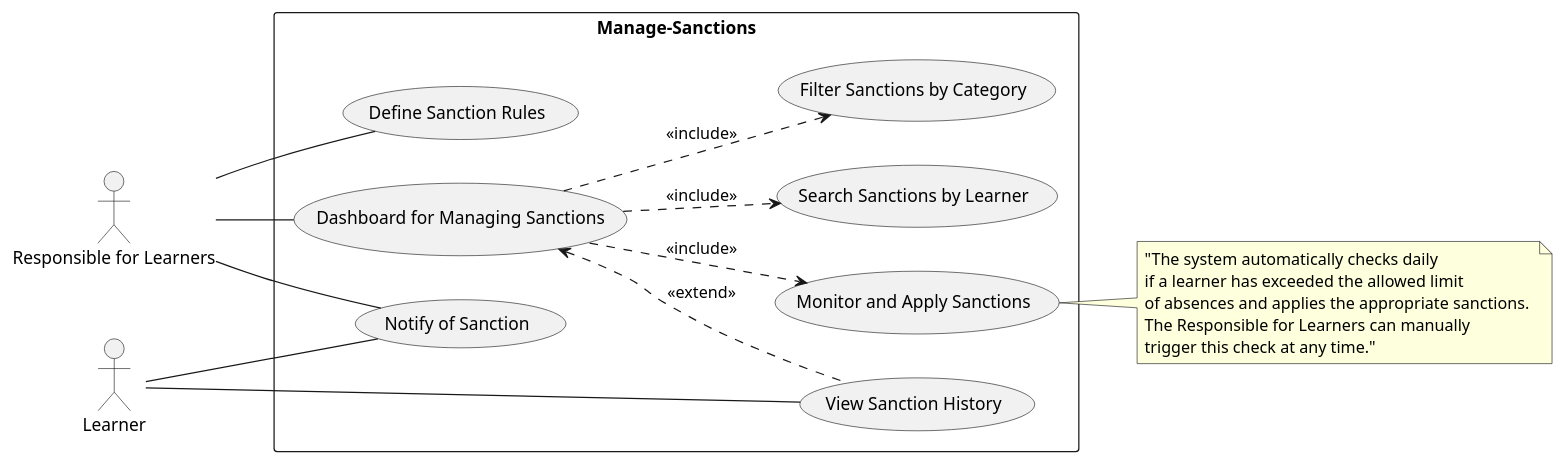
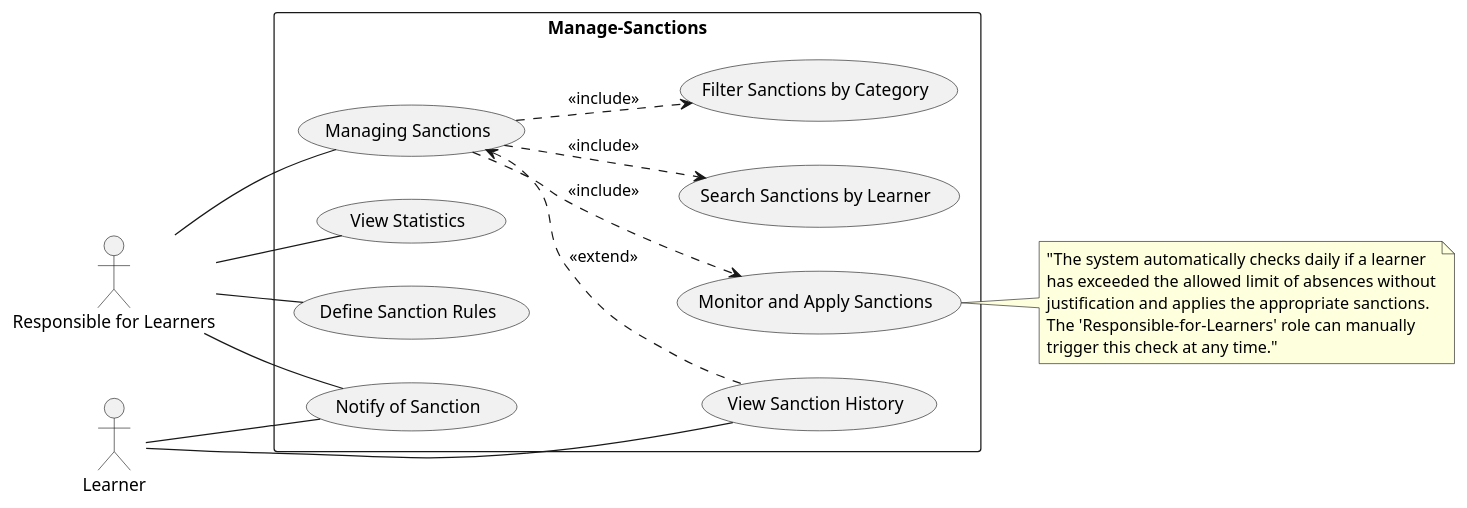
Before and after one commit to Tribak-Ayoub/Project-fil-rouge: the diagram in Functional Branch/Use Case/Use-Case-General.puml, drawn with PlantUML. The commit also changed 2 other files, not shown here.

```diff
--- a/Functional Branch/Use Case/Use-Case-General.puml
+++ b/Functional Branch/Use Case/Use-Case-General.puml
@@ -1,35 +1,37 @@
 @startuml
 left to right direction
 actor "Responsible for Learners" as Admin
 actor Learner
 
 rectangle Manage-Sanctions {
   usecase "Define Sanction Rules" as UC1
   usecase "Monitor and Apply Sanctions" as UC2
   usecase "Notify of Sanction" as UC3
   usecase "View Sanction History" as UC4
-  usecase "Dashboard for Managing Sanctions" as UC5
+  usecase "Managing Sanctions" as UC5
   usecase "Search Sanctions by Learner" as UC6
   usecase "Filter Sanctions by Category" as UC7
+  usecase "View Statistics" as UC8
 }
 
 note right of UC2
-"The system automatically checks daily 
-if a learner has exceeded the allowed limit 
-of absences and applies the appropriate sanctions. 
-The Responsible for Learners can manually 
+"The system automatically checks daily if a learner
+has exceeded the allowed limit of absences without
+justification and applies the appropriate sanctions.
+The 'Responsible-for-Learners' role can manually 
 trigger this check at any time."
 end note
 
 Admin -- UC1
 
 Admin -- UC3
 Admin -- UC5
+Admin -- UC8
 
 Learner -- UC3
 Learner -- UC4
 UC5 <.. UC4 : <<extend>>
 UC5 ..> UC2 : <<include>>
 UC5 ..> UC6 : <<include>>
 UC5 ..> UC7 : <<include>>
 @enduml
```
